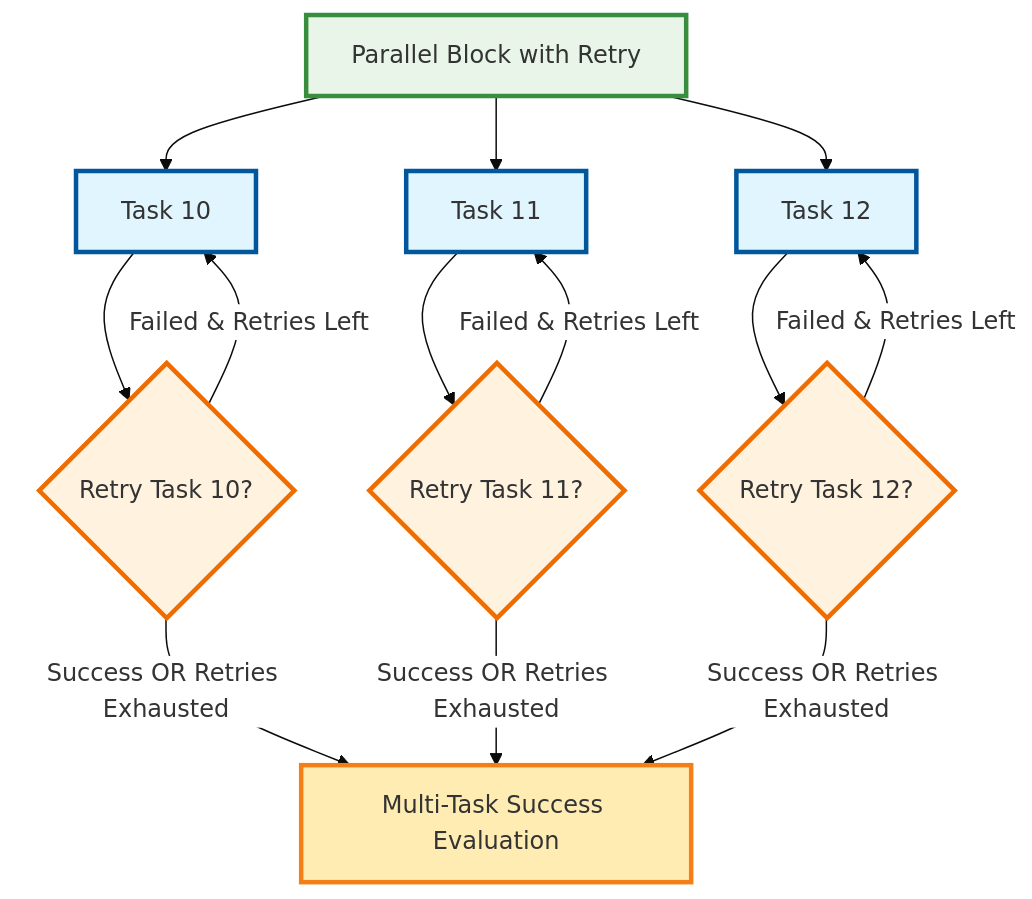
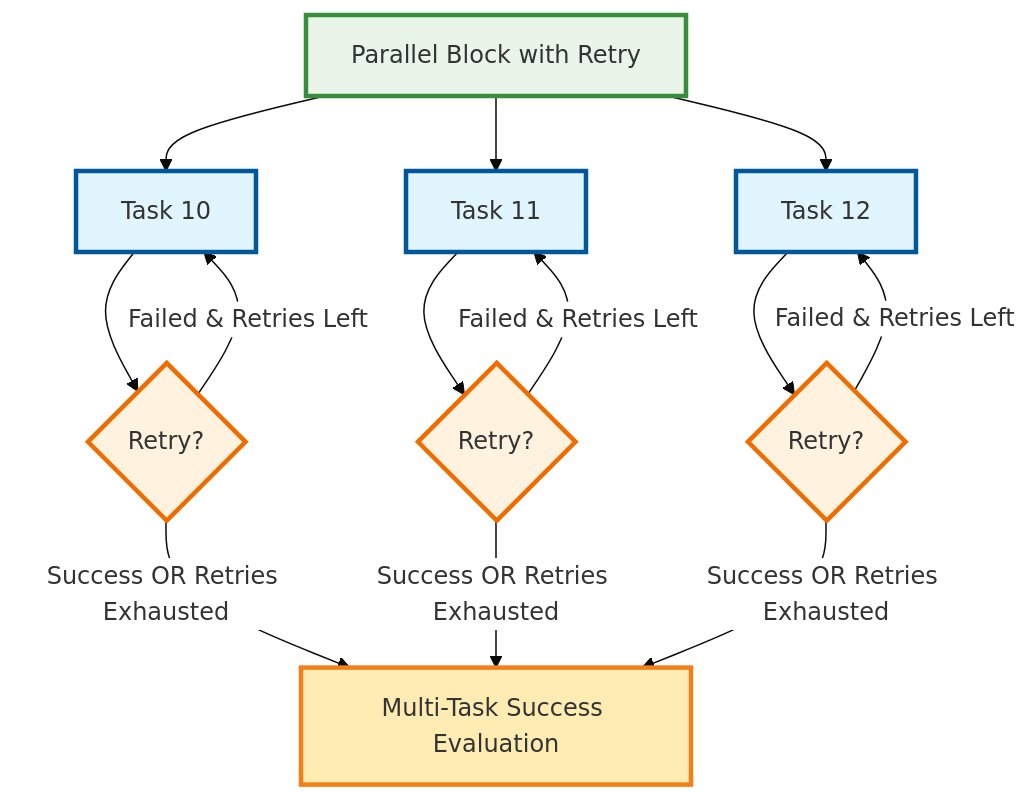
Before and after one commit to bastelbude1/Tasker: the eighth of 14 diagrams in TaskER_FlowChart.md, drawn with Mermaid.

Commit message:
Refine: Simplify retry decision node labels to "Retry?" for consistency
- Changed "Retry Task 10/11/12?" to simply "Retry?" for all decision nodes
- Cleaner, more consistent visual design
- Reduces visual clutter while maintaining clear functionality
- Matches the concise style used in other decision nodes (e.g., "LOOP?")

🤖 Generated with [Claude Code](https://claude.ai/code)

````diff
--- a/TaskER_FlowChart.md
+++ b/TaskER_FlowChart.md
@@ -359,25 +359,25 @@
 ```mermaid
 %%{init: {'theme':'base', 'themeVariables': {'primaryColor':'#ffffff'}}}%%
 flowchart TD
     A[Parallel Block with Retry] --> B[Task 10]
     A --> C[Task 11]
     A --> D[Task 12]
-    B --> E{Retry Task 10?}
-    C --> F{Retry Task 11?}
-    D --> G{Retry Task 12?}
+    B --> E{Retry?}
+    C --> F{Retry?}
+    D --> G{Retry?}
     E -->|Failed & Retries Left| B
     E -->|Success OR Retries Exhausted| H[Multi-Task Success Evaluation]
     F -->|Failed & Retries Left| C
     F -->|Success OR Retries Exhausted| H
     G -->|Failed & Retries Left| D
     G -->|Success OR Retries Exhausted| H
 
     style A fill:#e8f5e8,stroke:#388e3c,stroke-width:3px
     style B fill:#e1f5fe,stroke:#01579b,stroke-width:3px
     style C fill:#e1f5fe,stroke:#01579b,stroke-width:3px
     style D fill:#e1f5fe,stroke:#01579b,stroke-width:3px
     style E fill:#fff3e0,stroke:#ef6c00,stroke-width:3px
     style F fill:#fff3e0,stroke:#ef6c00,stroke-width:3px
     style G fill:#fff3e0,stroke:#ef6c00,stroke-width:3px
     style H fill:#ffecb3,stroke:#f57f17,stroke-width:3px
 ```
````
